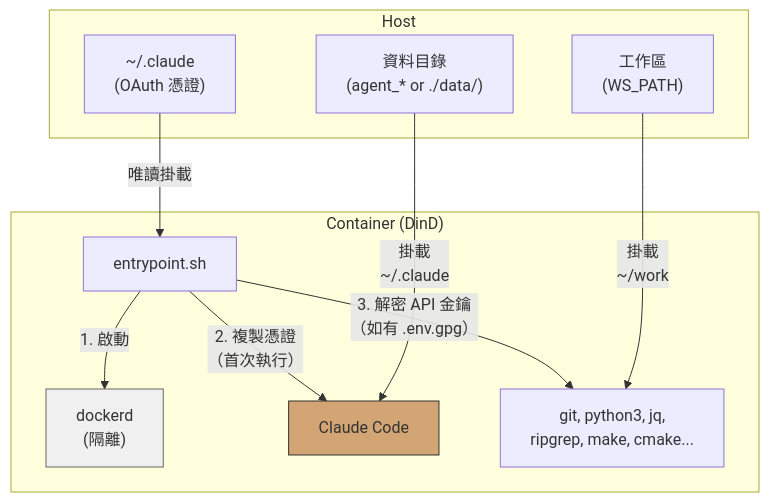
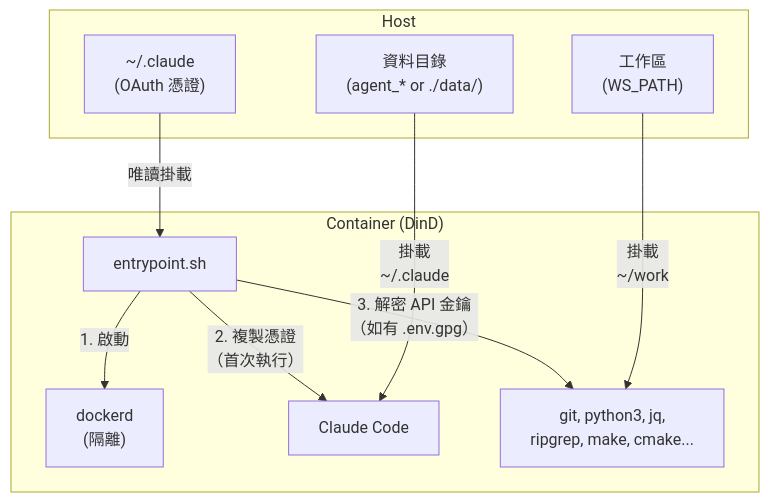
Before and after one commit to ycpss91255-docker/claude_code: the first of 3 diagrams in doc/README.zh-TW.md, drawn with Mermaid. The commit also changed other lines of this file and 3 other files, not shown here.

Commit message:
docs: remove mermaid background colors from architecture diagrams

````diff
--- a/doc/README.zh-TW.md
+++ b/doc/README.zh-TW.md
@@ -42,26 +42,24 @@
 ```mermaid
 graph TB
     subgraph Host
         H_OAuth["~/.claude<br/>(OAuth 憑證)"]
         H_WS["工作區<br/>(WS_PATH)"]
         H_Data["資料目錄<br/>(agent_* or ./data/)"]
     end
 
     subgraph "Container (DinD)"
         EP["entrypoint.sh"]
         DinD["dockerd<br/>(隔離)"]
         Claude["Claude Code"]
         Tools["git, python3, jq,<br/>ripgrep, make, cmake..."]
 
         EP -->|"1. 啟動"| DinD
         EP -->|"2. 複製憑證<br/>（首次執行）"| Claude
         EP -->|"3. 解密 API 金鑰<br/>（如有 .env.gpg）"| Tools
     end
 
     H_OAuth -->|"唯讀掛載"| EP
     H_WS -->|"掛載<br/>~/work"| Tools
     H_Data -->|"掛載<br/>~/.claude"| Claude
 
-    style DinD fill:#f0f0f0,stroke:#666
-    style Claude fill:#d4a574,stroke:#333
 ```
````
